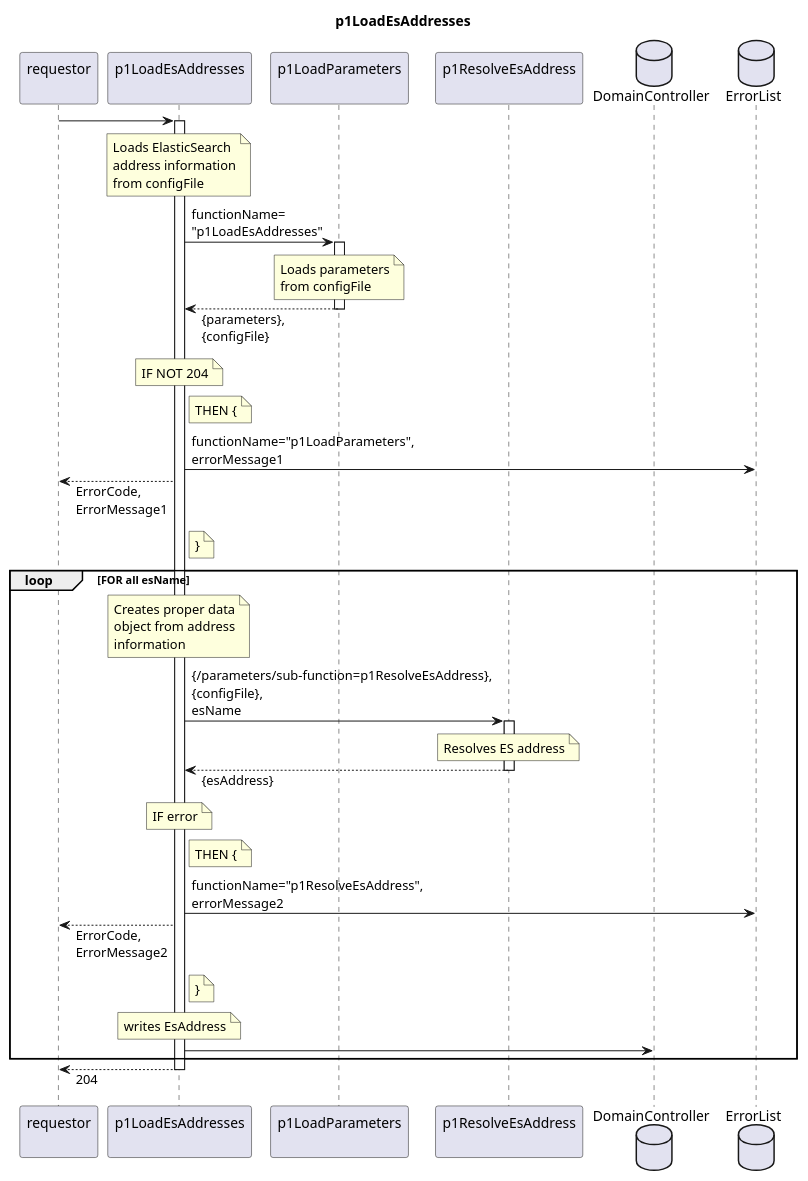
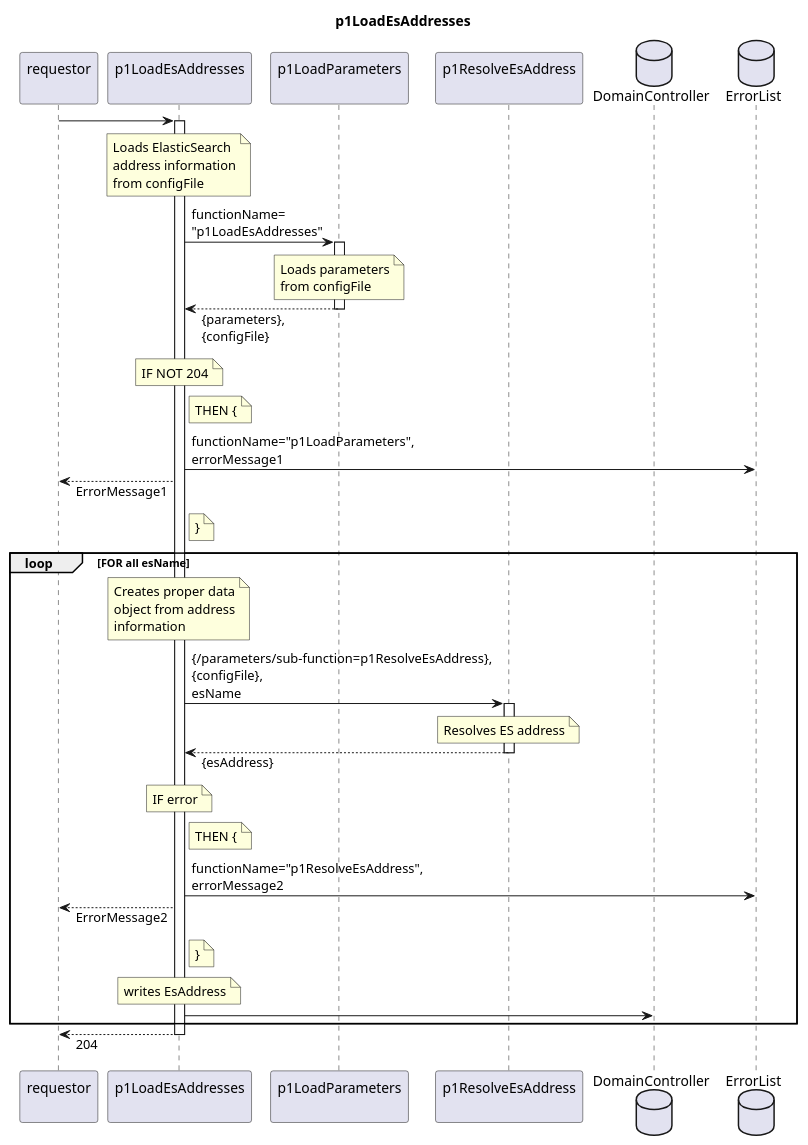
Before and after one commit to openBackhaul/FirmWareManager: the diagram in spec/Functions/Administrative/p1LoadEsAddresses/1.0.0/p1LoadEsAddresses.plantuml, drawn with PlantUML. The commit also changed 51 other files, not shown here.

Commit message:
Remove ErrorCode from all functions

```diff
--- a/spec/Functions/Administrative/p1LoadEsAddresses/1.0.0/p1LoadEsAddresses.plantuml
+++ b/spec/Functions/Administrative/p1LoadEsAddresses/1.0.0/p1LoadEsAddresses.plantuml
@@ -1,75 +1,75 @@
 @startuml p1LoadEsAddresses
 skinparam responseMessageBelowArrow true
 
 title
   p1LoadEsAddresses
 end title
 
 participant "requestor\n" as requestor
 participant "p1LoadEsAddresses\n" as p1LEA
 participant "p1LoadParameters\n" as p1LP
 participant "p1ResolveEsAddress\n" as p1REA
 database "DomainController" as DC
 database "ErrorList" as hEL
 
 requestor -> p1LEA
 activate p1LEA
   note over p1LEA
     Loads ElasticSearch
     address information
     from configFile
   end note
   p1LEA -> p1LP: functionName=\n"p1LoadEsAddresses"
   activate p1LP
     note over p1LP
       Loads parameters
       from configFile
     end note
   p1LEA <-- p1LP: {parameters},\n{configFile}
   deactivate p1LP
   note over p1LEA
     IF NOT 204
   end note
   note right p1LEA
     THEN {
   end note
   p1LEA -> hEL: functionName="p1LoadParameters",\nerrorMessage1
-  requestor <-- p1LEA: ErrorCode,\nErrorMessage1
+  requestor <-- p1LEA: ErrorMessage1
   note right p1LEA
     }
   end note
 
   loop FOR all esName
     note over p1LEA
       Creates proper data
       object from address
       information
     end note
     p1LEA -> p1REA: {/parameters/sub-function=p1ResolveEsAddress},\n{configFile},\nesName
     activate p1REA
       note over p1REA
         Resolves ES address
       end note
     p1LEA <-- p1REA: {esAddress}
     deactivate p1REA
     note over p1LEA
       IF error
     end note
     note right p1LEA
       THEN {
     end note
     p1LEA -> hEL: functionName="p1ResolveEsAddress",\nerrorMessage2
-    requestor <-- p1LEA: ErrorCode,\nErrorMessage2
+    requestor <-- p1LEA: ErrorMessage2
     note right p1LEA
       }
     end note
 
     note over p1LEA
       writes EsAddress
     end note
     p1LEA -> DC
   end loop
 requestor <-- p1LEA: 204
 deactivate p1LEA
 
 @enduml
```
